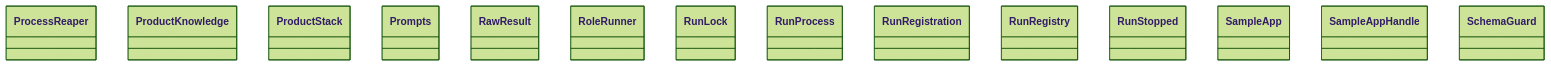
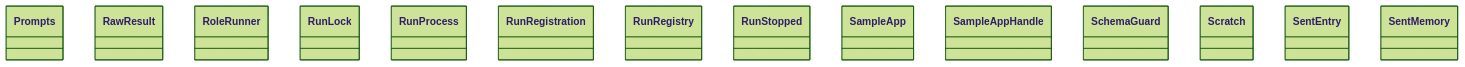
The diagram in docs/architecture/generated/classes-process-application-support-4.md (GonzaloZevallos/agentic-system), drawn with Mermaid (forest theme) before and after one commit. The commit also changed other lines of this file and 6 other files, not shown here.

````diff
--- a/docs/architecture/generated/classes-process-application-support-4.md
+++ b/docs/architecture/generated/classes-process-application-support-4.md
@@ -16,17 +16,17 @@
 ```mermaid
 classDiagram
-    class ports__ProcessReaper["ProcessReaper"]
-    class ports__ProductKnowledge["ProductKnowledge"]
-    class ports__ProductStack["ProductStack"]
     class ports__Prompts["Prompts"]
     class ports__RawResult["RawResult"]
     class ports__RoleRunner["RoleRunner"]
     class ports__RunLock["RunLock"]
     class ports__RunProcess["RunProcess"]
     class ports__RunRegistration["RunRegistration"]
     class ports__RunRegistry["RunRegistry"]
     class ports__RunStopped["RunStopped"]
     class ports__SampleApp["SampleApp"]
     class ports__SampleAppHandle["SampleAppHandle"]
     class ports__SchemaGuard["SchemaGuard"]
+    class ports__Scratch["Scratch"]
+    class ports__SentEntry["SentEntry"]
+    class ports__SentMemory["SentMemory"]
 ```
````
